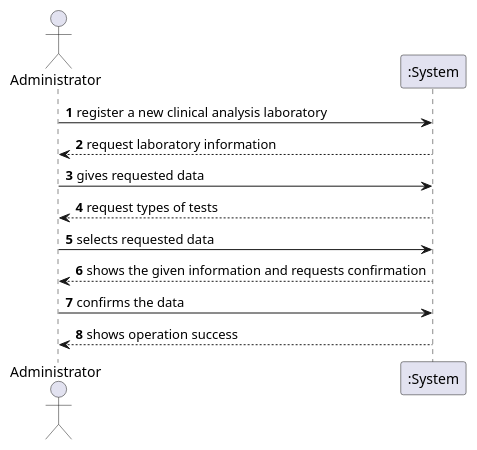
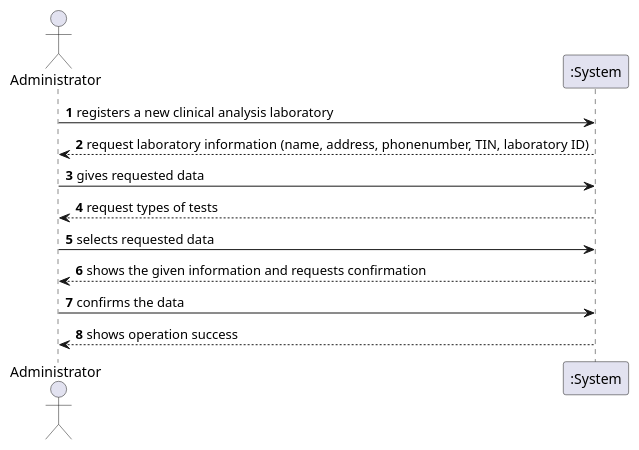
The diagram in docs/SprintB/US8/US8_SSD.puml (MadDinosaur/ISEP-LAPR2), drawn with PlantUML before and after one commit. The commit also changed 2 other files, not shown here.

```diff
--- a/docs/SprintB/US8/US8_SSD.puml
+++ b/docs/SprintB/US8/US8_SSD.puml
@@ -1,13 +1,13 @@
 @startuml
 actor Administrator as admin
 participant ":System" as sys
 
-admin -> sys : **1** register a new clinical analysis laboratory
-sys --> admin : **2** request laboratory information
+admin -> sys : **1** registers a new clinical analysis laboratory
+sys --> admin : **2** request laboratory information (name, address, phonenumber, TIN, laboratory ID)
 admin -> sys : **3** gives requested data
 sys --> admin : **4** request types of tests
 admin -> sys : **5** selects requested data
 sys --> admin : **6** shows the given information and requests confirmation
 admin -> sys : **7** confirms the data
 sys --> admin : **8** shows operation success
 @enduml
```
